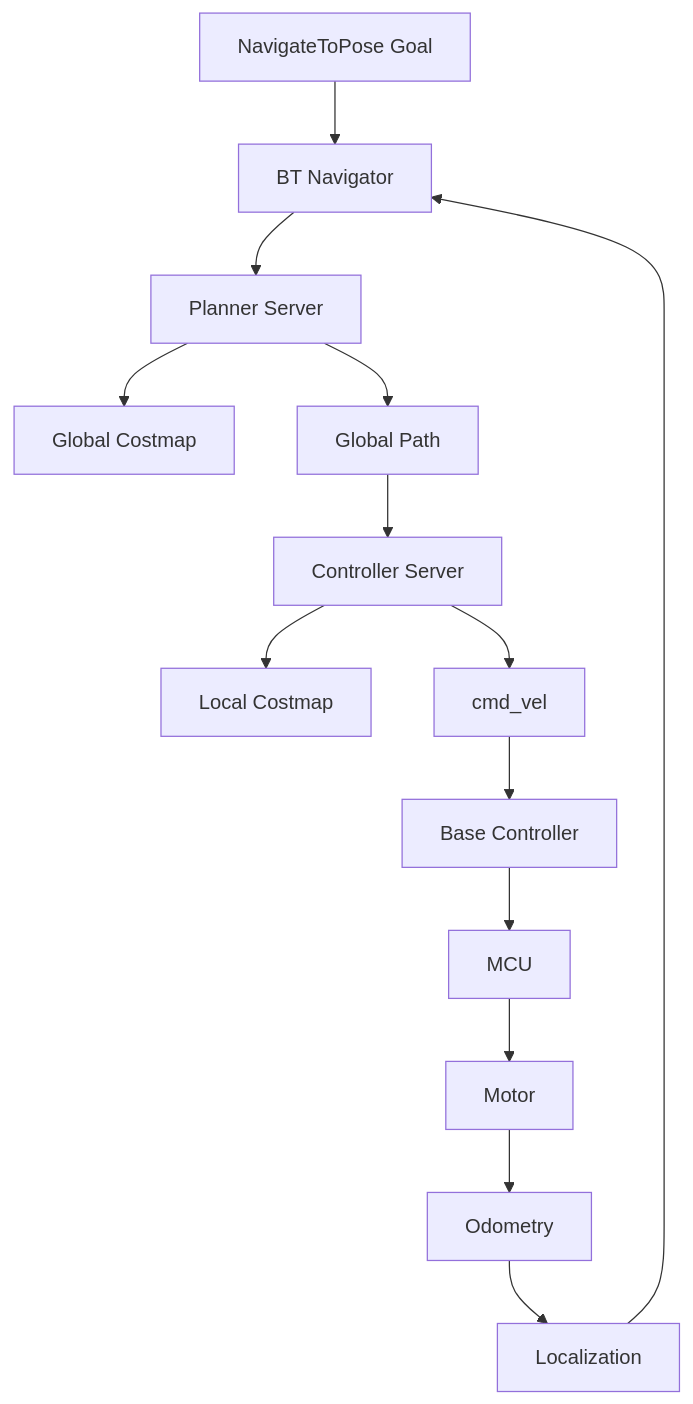
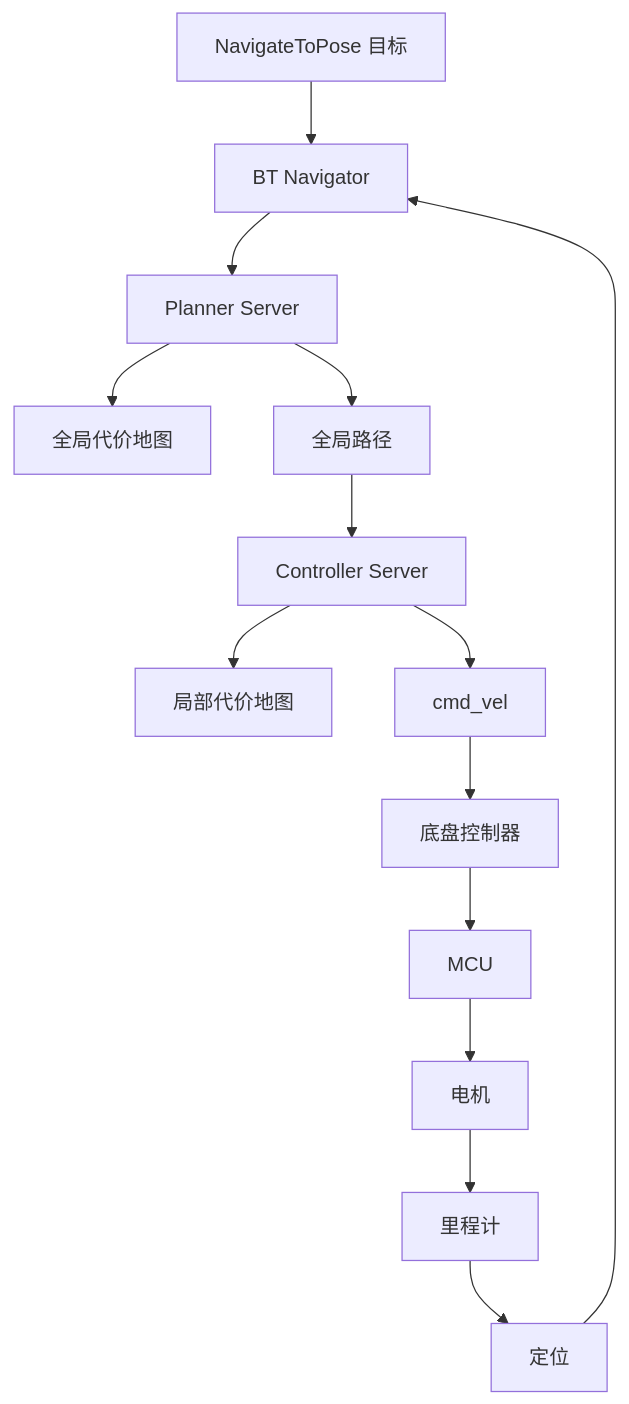
The diagram in robot-knowledge-base/05-nav2/nav2-debugging-guide.md (shimokagela-mk/cusor), drawn with Mermaid before and after one commit. The commit also changed other lines of this file and 14 other files, not shown here.

````diff
--- a/robot-knowledge-base/05-nav2/nav2-debugging-guide.md
+++ b/robot-knowledge-base/05-nav2/nav2-debugging-guide.md
@@ -14,16 +14,16 @@
 ```mermaid
 flowchart TD
-    goal["NavigateToPose Goal"] --> btNavigator["BT Navigator"]
+    goal["NavigateToPose 目标"] --> btNavigator["BT Navigator"]
     btNavigator --> plannerServer["Planner Server"]
-    plannerServer --> globalCostmap["Global Costmap"]
-    plannerServer --> globalPath["Global Path"]
+    plannerServer --> globalCostmap["全局代价地图"]
+    plannerServer --> globalPath["全局路径"]
     globalPath --> controllerServer["Controller Server"]
-    controllerServer --> localCostmap["Local Costmap"]
+    controllerServer --> localCostmap["局部代价地图"]
     controllerServer --> cmdVel["cmd_vel"]
-    cmdVel --> baseController["Base Controller"]
+    cmdVel --> baseController["底盘控制器"]
     baseController --> mcu["MCU"]
-    mcu --> motor["Motor"]
-    motor --> odom["Odometry"]
-    odom --> localization["Localization"]
+    mcu --> motor["电机"]
+    motor --> odom["里程计"]
+    odom --> localization["定位"]
     localization --> btNavigator
 ```
````
